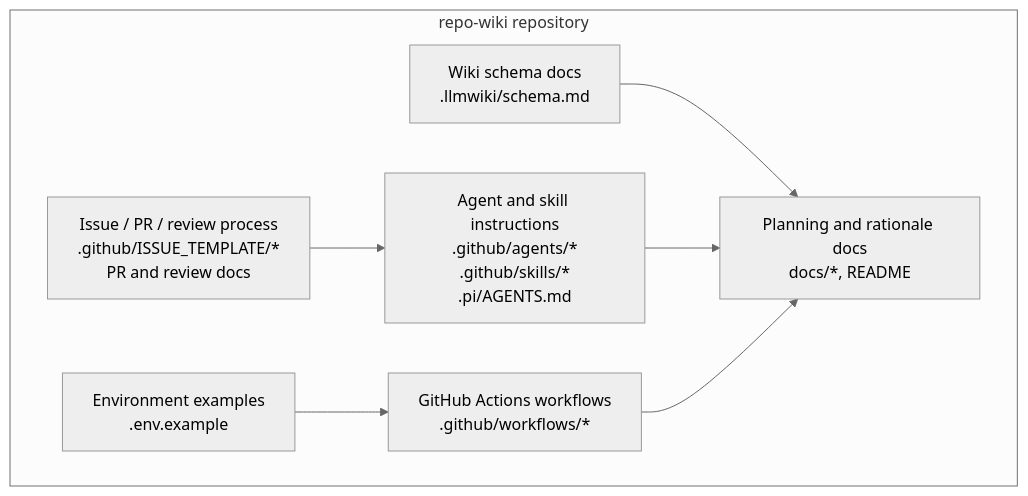
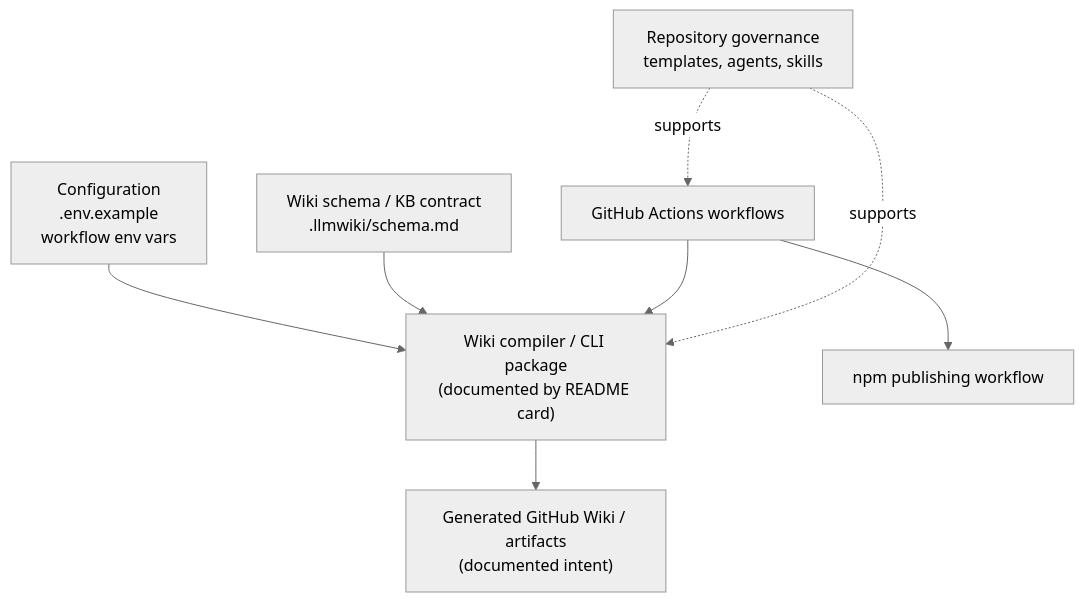
One commit to mfittko/repo-wiki changed the second of 3 diagrams in Architecture.md. Above: the diagram before and after it, drawn with Mermaid (neutral theme). The commit also changed other lines of this file and 46 other files, not shown here.

Commit message:
Compile repository wiki 2026-06-13T10:35:48.103Z

````diff
--- a/Architecture.md
+++ b/Architecture.md
@@ -161,17 +151,18 @@
 ```mermaid
-flowchart TB
-  subgraph Repo["repo-wiki repository"]
-    Env["Environment examples<br/>.env.example"]
-    Schema["Wiki schema docs<br/>.llmwiki/schema.md"]
-    Workflows["GitHub Actions workflows<br/>.github/workflows/*"]
-    Templates["Issue / PR / review process<br/>.github/ISSUE_TEMPLATE/*<br/>PR and review docs"]
-    Agents["Agent and skill instructions<br/>.github/agents/*<br/>.github/skills/*<br/>.pi/AGENTS.md"]
-    Docs["Planning and rationale docs<br/>docs/*, README"]
-  end
+flowchart TD
+    Config["Configuration<br/>.env.example<br/>workflow env vars"]
+    Compiler["Wiki compiler / CLI package<br/>(documented by README card)"]
+    Schema["Wiki schema / KB contract<br/>.llmwiki/schema.md"]
+    Workflows["GitHub Actions workflows"]
+    Governance["Repository governance<br/>templates, agents, skills"]
+    Outputs["Generated GitHub Wiki / artifacts<br/>(documented intent)"]
+    Publishing["npm publishing workflow"]
 
-  Env --> Workflows
-  Schema --> Docs
-  Templates --> Agents
-  Agents --> Docs
-  Workflows --> Docs
+    Config --> Compiler
+    Schema --> Compiler
+    Workflows --> Compiler
+    Compiler --> Outputs
+    Governance -.supports.-> Workflows
+    Governance -.supports.-> Compiler
+    Workflows --> Publishing
 ```
````
